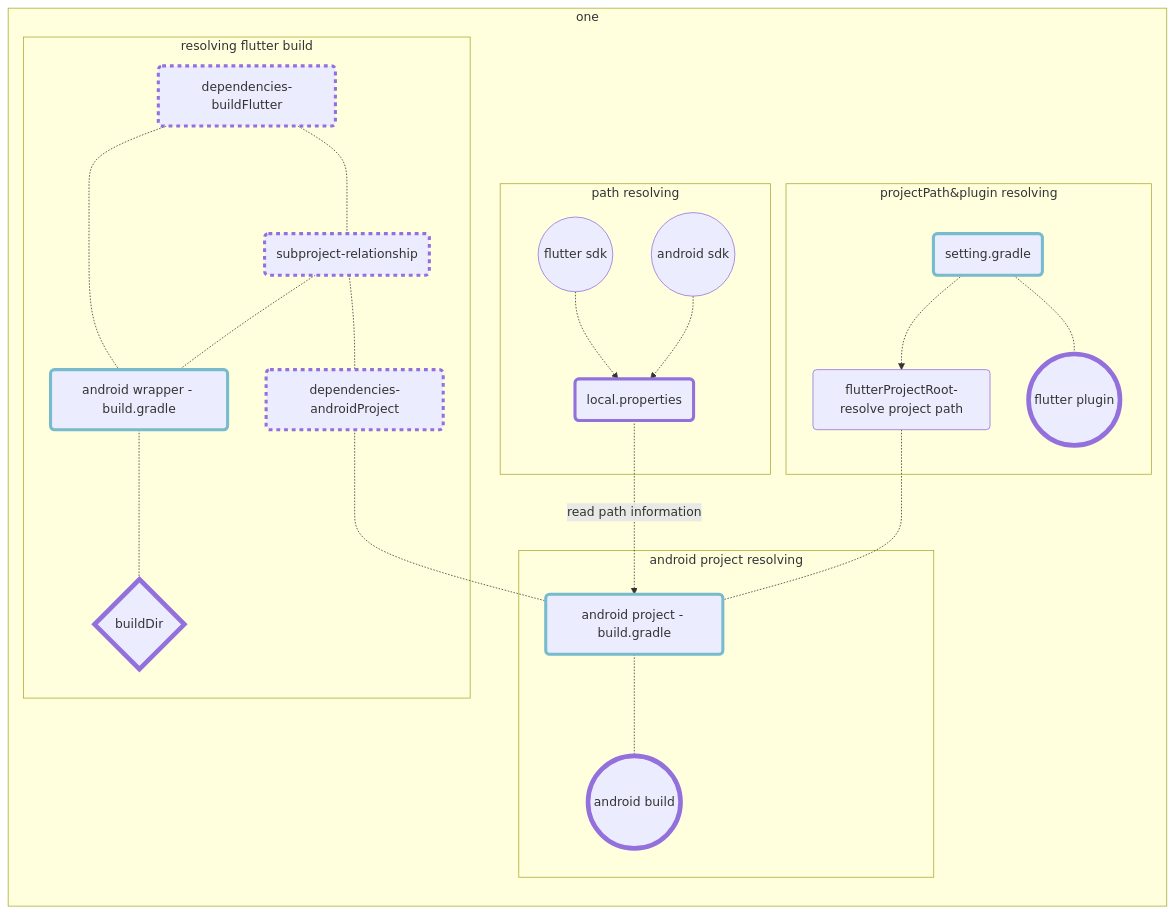
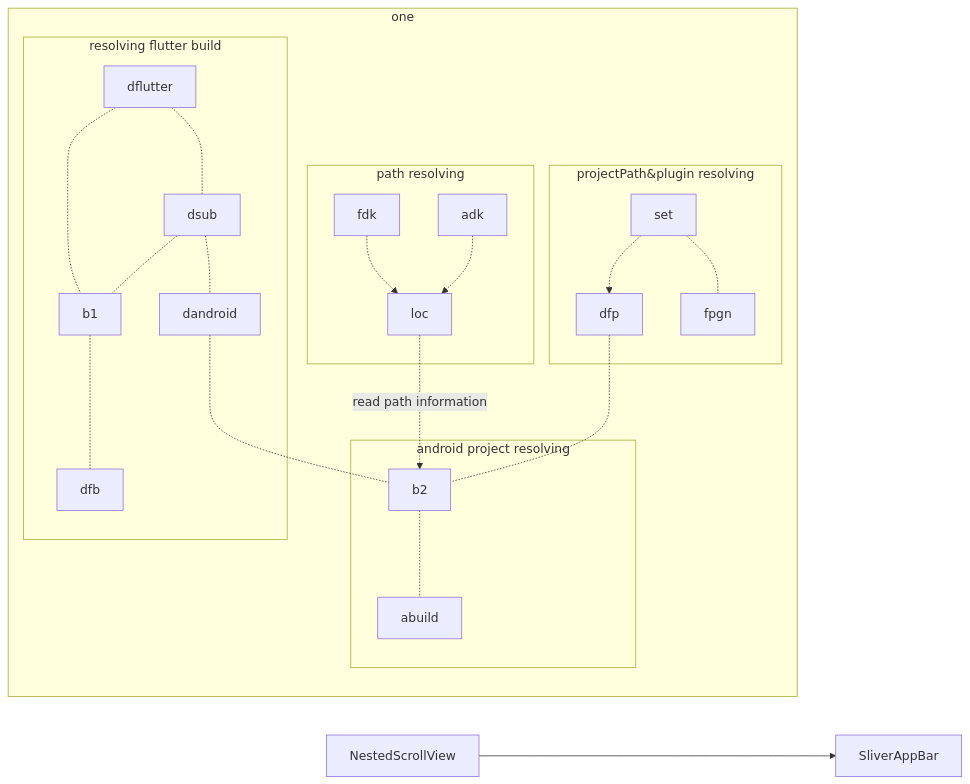
Before and after one commit to gordianknotC/nxp_note: the diagram in flutter note/Sliver_tabbar.md, drawn with Mermaid. The commit also changed other lines of this file, not shown here.

Commit message:
flutter note/Sliver_tabbar.md updated from https://stackedit.io/

````diff
--- a/flutter note/Sliver_tabbar.md
+++ b/flutter note/Sliver_tabbar.md
@@ -10,59 +10,32 @@
 ```mermaid
 graph LR
-	fdk((flutter sdk))
-	adk((android sdk))
+	NS[NestedScrollView] --> SA[SliverAppBar]
 	
-	dfb{buildDir}
-	abuild((android build))
-	fpgn((flutter plugin))
-	style abuild stroke-width:6px   
-	style fpgn stroke-width:6px 
-	style dfb stroke-width:6px 
-	
-	loc(local.properties)
-	style loc stroke-width:4px   
-	
-	set(setting.gradle)
-	b1(android wrapper - build.gradle)
-	b2(android project - build.gradle)
-	style b1 stroke-width:4px, stroke:#7bc
-	style b2 stroke-width:4px, stroke:#7bc
-	style set stroke-width:4px, stroke:#7bc
-
-	dfp(flutterProjectRoot-resolve project path)
-	
-	
-	dandroid(dependencies-androidProject)
-	dflutter(dependencies-buildFlutter)
-	dsub(subproject-relationship)
-	style dandroid stroke-width:4px, stroke-dasharray: 5
-	style dflutter stroke-width:4px, stroke-dasharray: 5
-	style dsub stroke-width:4px, stroke-dasharray: 5
 	
 	
 subgraph one
 	subgraph path resolving
 		fdk -.-> loc
 		adk -.-> loc
 	end
 
 	loc -.read path information .-> b2
 	subgraph android project resolving
 		b2 -.- abuild
 	end
 	dfp -.- b2
 	subgraph projectPath&plugin resolving
 		set-.->dfp
 		set -.- fpgn
 	end
 	dandroid -.- b2
 	subgraph resolving flutter build
 		b1 -.- dfb
 		
 		dflutter -.- b1
 		dsub -.- b1
 		dflutter -.- dsub
 		dsub-.- dandroid
 	end
 end
 ```
````
